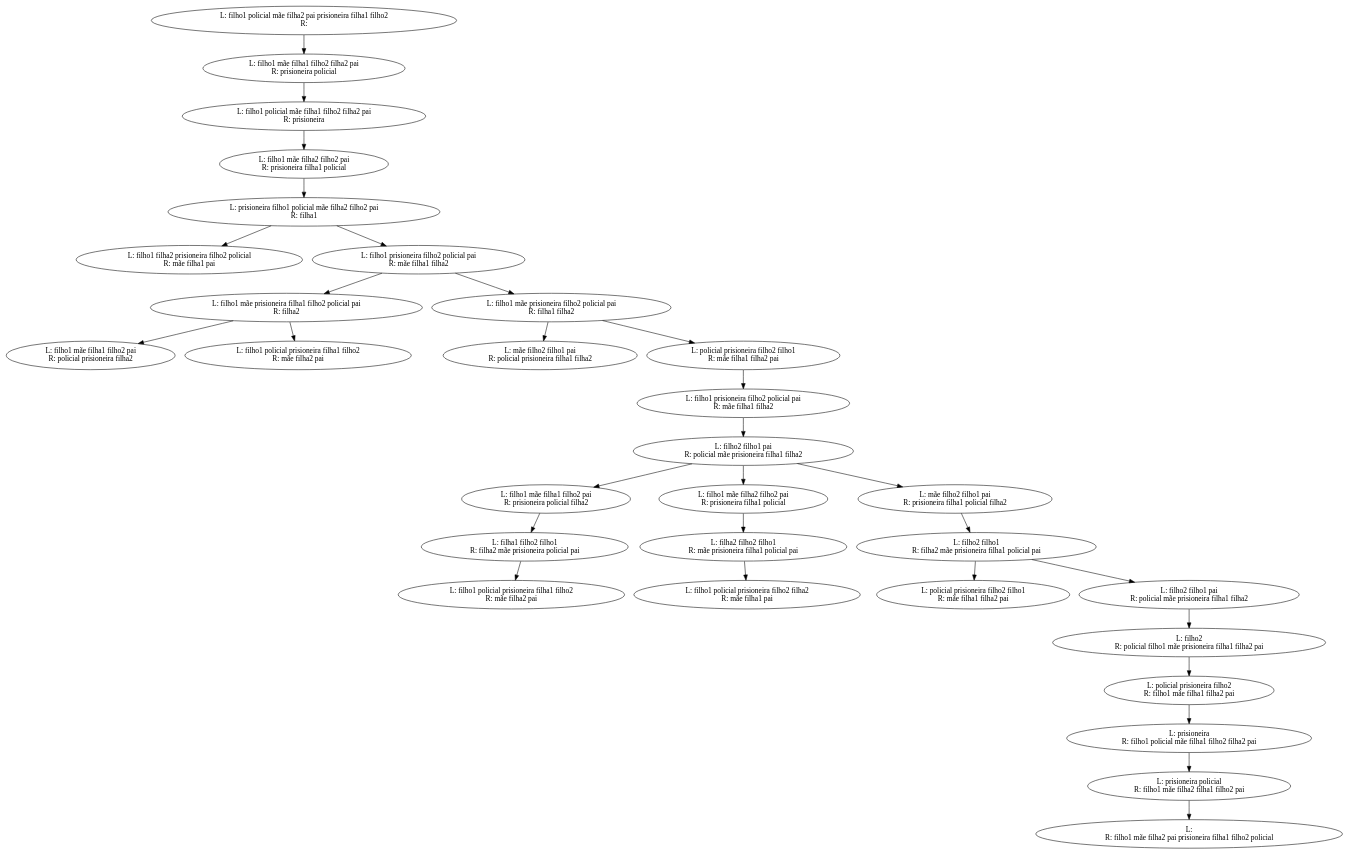
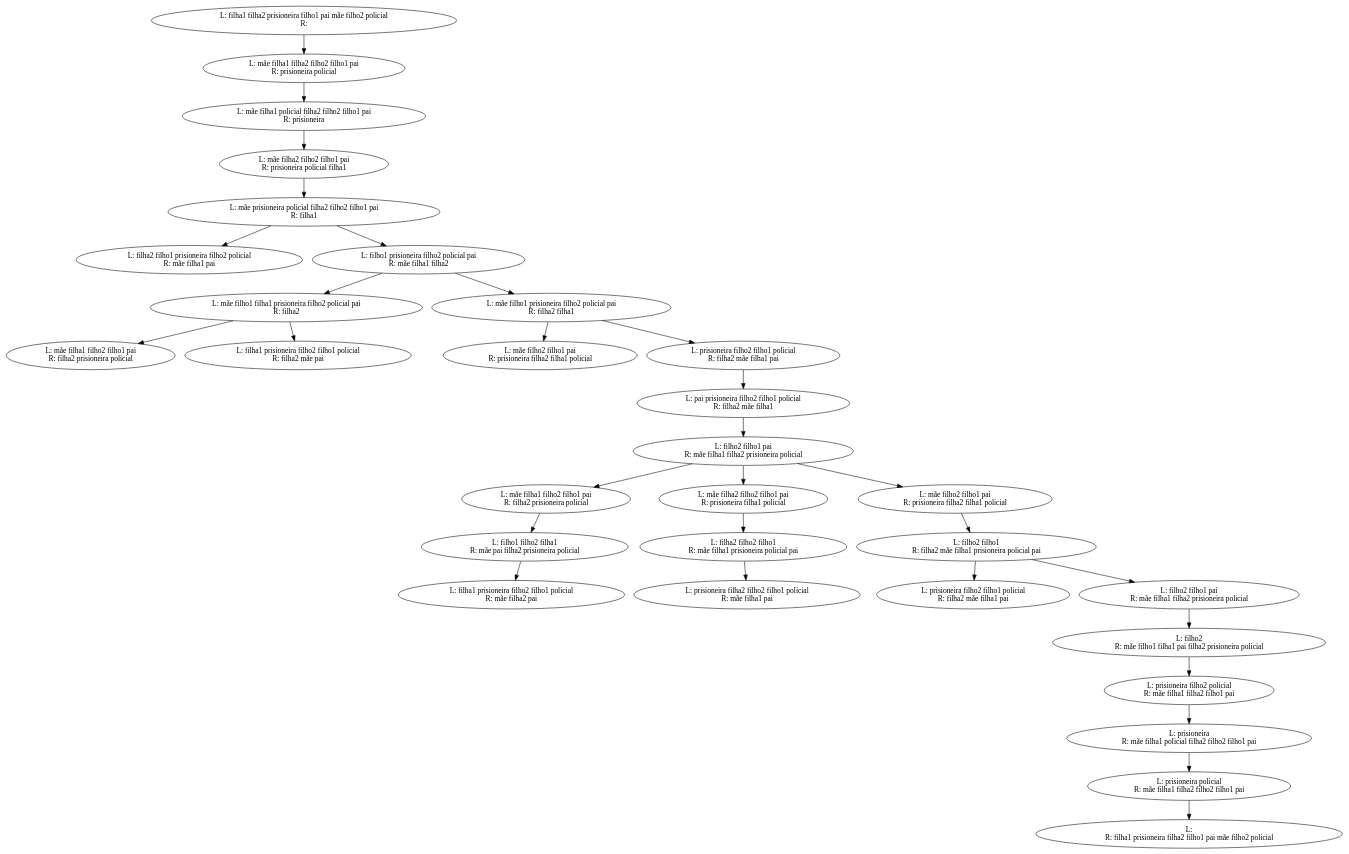
One commit to infingardi/Travessia-do-rio changed the diagram in Trees/backtrackingTree.dot. Above: the diagram before and after it, drawn with Graphviz. The commit also changed 11 other files, not shown here.

```diff
--- a/Trees/backtrackingTree.dot
+++ b/Trees/backtrackingTree.dot
@@ -1,91 +1,91 @@
 digraph {
-0 [label="L: filho1 policial mãe filha2 pai prisioneira filha1 filho2
+0 [label="L: filha1 filha2 prisioneira filho1 pai mãe filho2 policial
 R: "]
 0 -> 1
-1 [label="L: filho1 mãe filha1 filho2 filha2 pai
+1 [label="L: mãe filha1 filha2 filho2 filho1 pai
 R: prisioneira policial"]
 1 -> 2
-2 [label="L: filho1 policial mãe filha1 filho2 filha2 pai
+2 [label="L: mãe filha1 policial filha2 filho2 filho1 pai
 R: prisioneira"]
 2 -> 3
-3 [label="L: filho1 mãe filha2 filho2 pai
-R: prisioneira filha1 policial"]
+3 [label="L: mãe filha2 filho2 filho1 pai
+R: prisioneira policial filha1"]
 3 -> 4
-4 [label="L: prisioneira filho1 policial mãe filha2 filho2 pai
+4 [label="L: mãe prisioneira policial filha2 filho2 filho1 pai
 R: filha1"]
 4 -> 5
-5 [label="L: filho1 filha2 prisioneira filho2 policial
+5 [label="L: filha2 filho1 prisioneira filho2 policial
 R: mãe filha1 pai"]
 4 -> 6
 6 [label="L: filho1 prisioneira filho2 policial pai
 R: mãe filha1 filha2"]
 6 -> 7
-7 [label="L: filho1 mãe prisioneira filha1 filho2 policial pai
+7 [label="L: mãe filho1 filha1 prisioneira filho2 policial pai
 R: filha2"]
 7 -> 8
-8 [label="L: filho1 mãe filha1 filho2 pai
-R: policial prisioneira filha2"]
+8 [label="L: mãe filha1 filho2 filho1 pai
+R: filha2 prisioneira policial"]
 7 -> 9
-9 [label="L: filho1 policial prisioneira filha1 filho2
-R: mãe filha2 pai"]
+9 [label="L: filha1 prisioneira filho2 filho1 policial
+R: filha2 mãe pai"]
 6 -> 10
-10 [label="L: filho1 mãe prisioneira filho2 policial pai
-R: filha1 filha2"]
+10 [label="L: mãe filho1 prisioneira filho2 policial pai
+R: filha2 filha1"]
 10 -> 11
 11 [label="L: mãe filho2 filho1 pai
-R: policial prisioneira filha1 filha2"]
+R: prisioneira filha2 filha1 policial"]
 10 -> 12
-12 [label="L: policial prisioneira filho2 filho1
-R: mãe filha1 filha2 pai"]
+12 [label="L: prisioneira filho2 filho1 policial
+R: filha2 mãe filha1 pai"]
 12 -> 13
-13 [label="L: filho1 prisioneira filho2 policial pai
-R: mãe filha1 filha2"]
+13 [label="L: pai prisioneira filho2 filho1 policial
+R: filha2 mãe filha1"]
 13 -> 14
 14 [label="L: filho2 filho1 pai
-R: policial mãe prisioneira filha1 filha2"]
+R: mãe filha1 filha2 prisioneira policial"]
 14 -> 15
-15 [label="L: filho1 mãe filha1 filho2 pai
-R: prisioneira policial filha2"]
+15 [label="L: mãe filha1 filho2 filho1 pai
+R: filha2 prisioneira policial"]
 15 -> 16
-16 [label="L: filha1 filho2 filho1
-R: filha2 mãe prisioneira policial pai"]
+16 [label="L: filho1 filho2 filha1
+R: mãe pai filha2 prisioneira policial"]
 16 -> 17
-17 [label="L: filho1 policial prisioneira filha1 filho2
+17 [label="L: filha1 prisioneira filho2 filho1 policial
 R: mãe filha2 pai"]
 14 -> 18
-18 [label="L: filho1 mãe filha2 filho2 pai
+18 [label="L: mãe filha2 filho2 filho1 pai
 R: prisioneira filha1 policial"]
 18 -> 19
 19 [label="L: filha2 filho2 filho1
-R: mãe prisioneira filha1 policial pai"]
+R: mãe filha1 prisioneira policial pai"]
 19 -> 20
-20 [label="L: filho1 policial prisioneira filho2 filha2
+20 [label="L: prisioneira filha2 filho2 filho1 policial
 R: mãe filha1 pai"]
 14 -> 21
 21 [label="L: mãe filho2 filho1 pai
-R: prisioneira filha1 policial filha2"]
+R: prisioneira filha2 filha1 policial"]
 21 -> 22
 22 [label="L: filho2 filho1
-R: filha2 mãe prisioneira filha1 policial pai"]
+R: filha2 mãe filha1 prisioneira policial pai"]
 22 -> 23
-23 [label="L: policial prisioneira filho2 filho1
-R: mãe filha1 filha2 pai"]
+23 [label="L: prisioneira filho2 filho1 policial
+R: filha2 mãe filha1 pai"]
 22 -> 24
 24 [label="L: filho2 filho1 pai
-R: policial mãe prisioneira filha1 filha2"]
+R: mãe filha1 filha2 prisioneira policial"]
 24 -> 25
 25 [label="L: filho2
-R: policial filho1 mãe prisioneira filha1 filha2 pai"]
+R: mãe filho1 filha1 pai filha2 prisioneira policial"]
 25 -> 26
-26 [label="L: policial prisioneira filho2
-R: filho1 mãe filha1 filha2 pai"]
+26 [label="L: prisioneira filho2 policial
+R: mãe filha1 filha2 filho1 pai"]
 26 -> 27
 27 [label="L: prisioneira
-R: filho1 policial mãe filha1 filho2 filha2 pai"]
+R: mãe filha1 policial filha2 filho2 filho1 pai"]
 27 -> 28
 28 [label="L: prisioneira policial
-R: filho1 mãe filha2 filha1 filho2 pai"]
+R: mãe filha1 filha2 filho2 filho1 pai"]
 28 -> 29
 29 [label="L: 
-R: filho1 mãe filha2 pai prisioneira filha1 filho2 policial"]
+R: filha1 prisioneira filha2 filho1 pai mãe filho2 policial"]
 }
```
